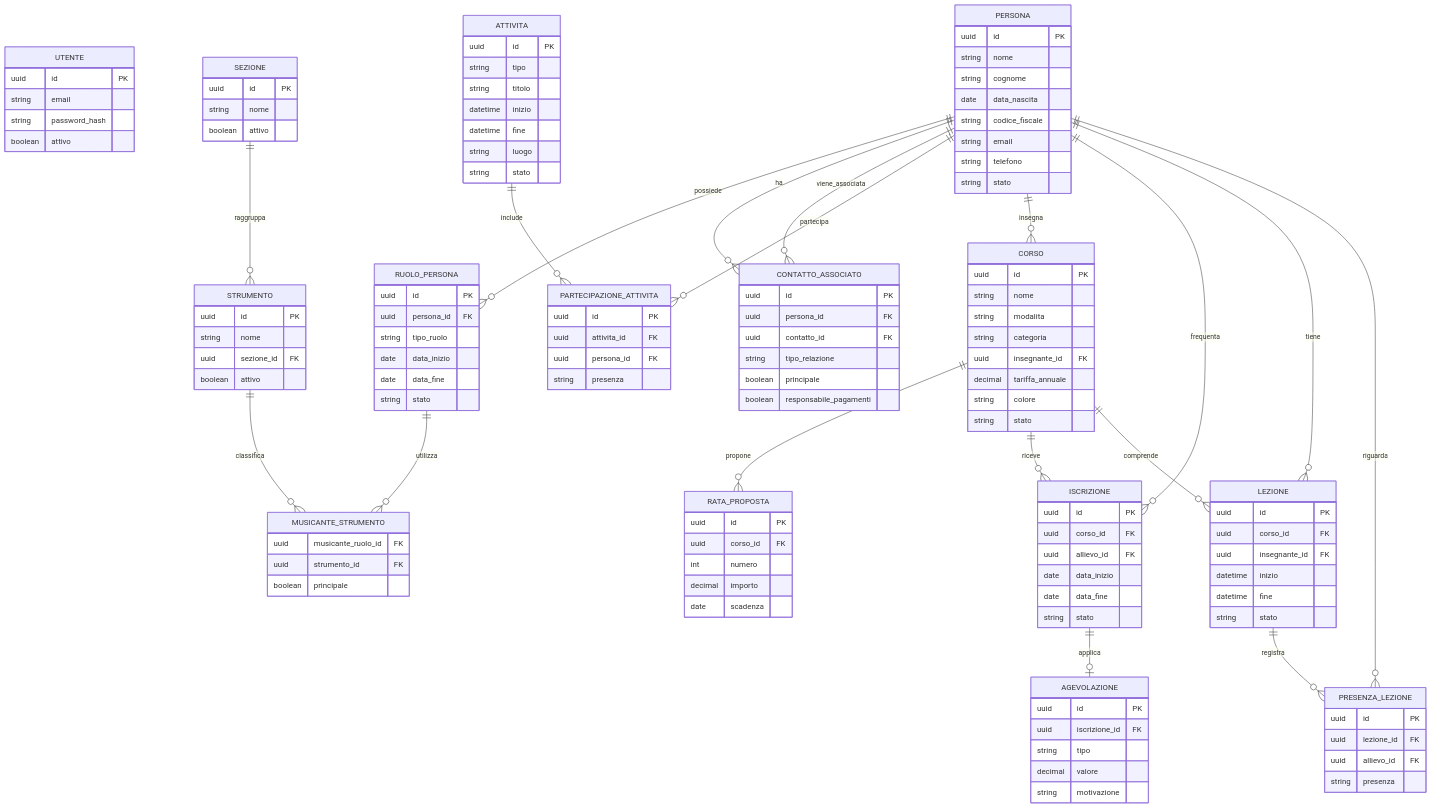
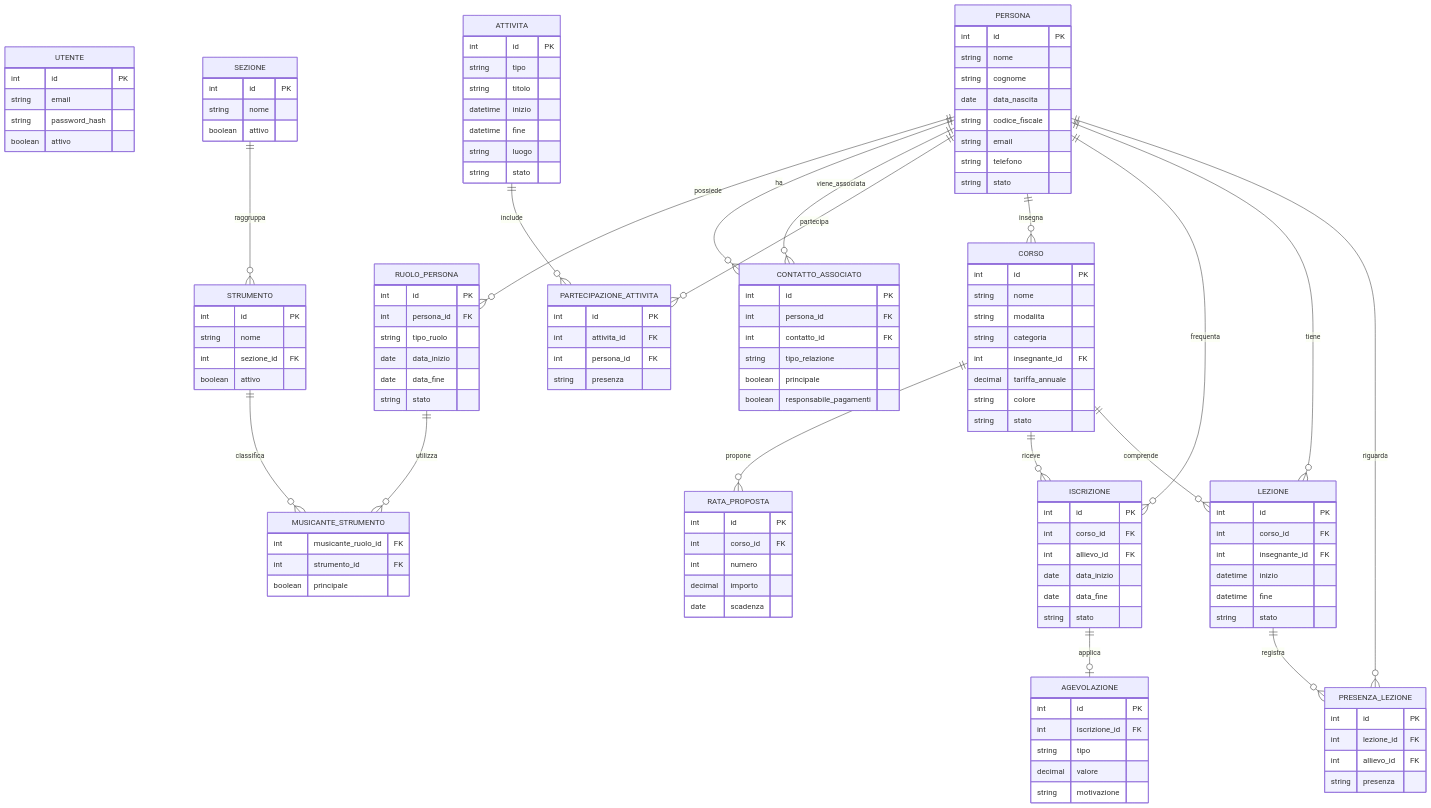
Before and after one commit to sdemarch/Arsis: the diagram in docs/SPECIFICA_FUNZIONALE.md, drawn with Mermaid. The commit also changed other lines of this file and 25 other files, not shown here.

First line of the commit message:
docs: merge documentation into status, todo, architecture and operations guides

````diff
--- a/docs/SPECIFICA_FUNZIONALE.md
+++ b/docs/SPECIFICA_FUNZIONALE.md
@@ -577,14 +581,14 @@
 ```mermaid
 erDiagram
     UTENTE {
-        uuid id PK
+        int id PK
         string email
         string password_hash
         boolean attivo
     }
 
     PERSONA {
-        uuid id PK
+        int id PK
         string nome
         string cognome
         date data_nascita
@@ -595,8 +599,8 @@
     }
 
     RUOLO_PERSONA {
-        uuid id PK
-        uuid persona_id FK
+        int id PK
+        int persona_id FK
         string tipo_ruolo
         date data_inizio
         date data_fine
@@ -604,35 +608,35 @@
     }
 
     CONTATTO_ASSOCIATO {
-        uuid id PK
-        uuid persona_id FK
-        uuid contatto_id FK
+        int id PK
+        int persona_id FK
+        int contatto_id FK
         string tipo_relazione
         boolean principale
         boolean responsabile_pagamenti
     }
 
     STRUMENTO {
-        uuid id PK
+        int id PK
         string nome
-        uuid sezione_id FK
+        int sezione_id FK
         boolean attivo
     }
 
     SEZIONE {
-        uuid id PK
+        int id PK
         string nome
         boolean attivo
     }
 
     MUSICANTE_STRUMENTO {
-        uuid musicante_ruolo_id FK
-        uuid strumento_id FK
+        int musicante_ruolo_id FK
+        int strumento_id FK
         boolean principale
     }
 
     ATTIVITA {
-        uuid id PK
+        int id PK
         string tipo
         string titolo
         datetime inizio
@@ -642,61 +646,61 @@
     }
 
     PARTECIPAZIONE_ATTIVITA {
-        uuid id PK
-        uuid attivita_id FK
-        uuid persona_id FK
+        int id PK
+        int attivita_id FK
+        int persona_id FK
         string presenza
     }
 
     CORSO {
-        uuid id PK
+        int id PK
         string nome
         string modalita
         string categoria
-        uuid insegnante_id FK
+        int insegnante_id FK
         decimal tariffa_annuale
         string colore
         string stato
     }
 
     RATA_PROPOSTA {
-        uuid id PK
-        uuid corso_id FK
+        int id PK
+        int corso_id FK
         int numero
         decimal importo
         date scadenza
     }
 
     ISCRIZIONE {
-        uuid id PK
-        uuid corso_id FK
-        uuid allievo_id FK
+        int id PK
+        int corso_id FK
+        int allievo_id FK
         date data_inizio
         date data_fine
         string stato
     }
 
     AGEVOLAZIONE {
-        uuid id PK
-        uuid iscrizione_id FK
+        int id PK
+        int iscrizione_id FK
         string tipo
         decimal valore
         string motivazione
     }
 
     LEZIONE {
-        uuid id PK
-        uuid corso_id FK
-        uuid insegnante_id FK
+        int id PK
+        int corso_id FK
+        int insegnante_id FK
         datetime inizio
         datetime fine
         string stato
     }
 
     PRESENZA_LEZIONE {
-        uuid id PK
-        uuid lezione_id FK
-        uuid allievo_id FK
+        int id PK
+        int lezione_id FK
+        int allievo_id FK
         string presenza
     }
 
````
